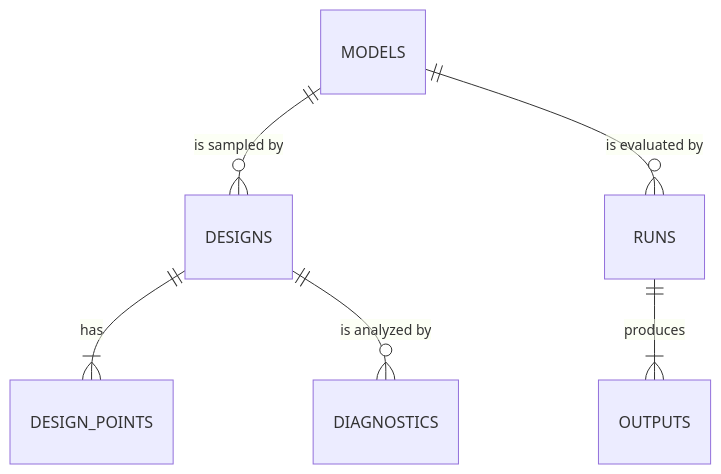
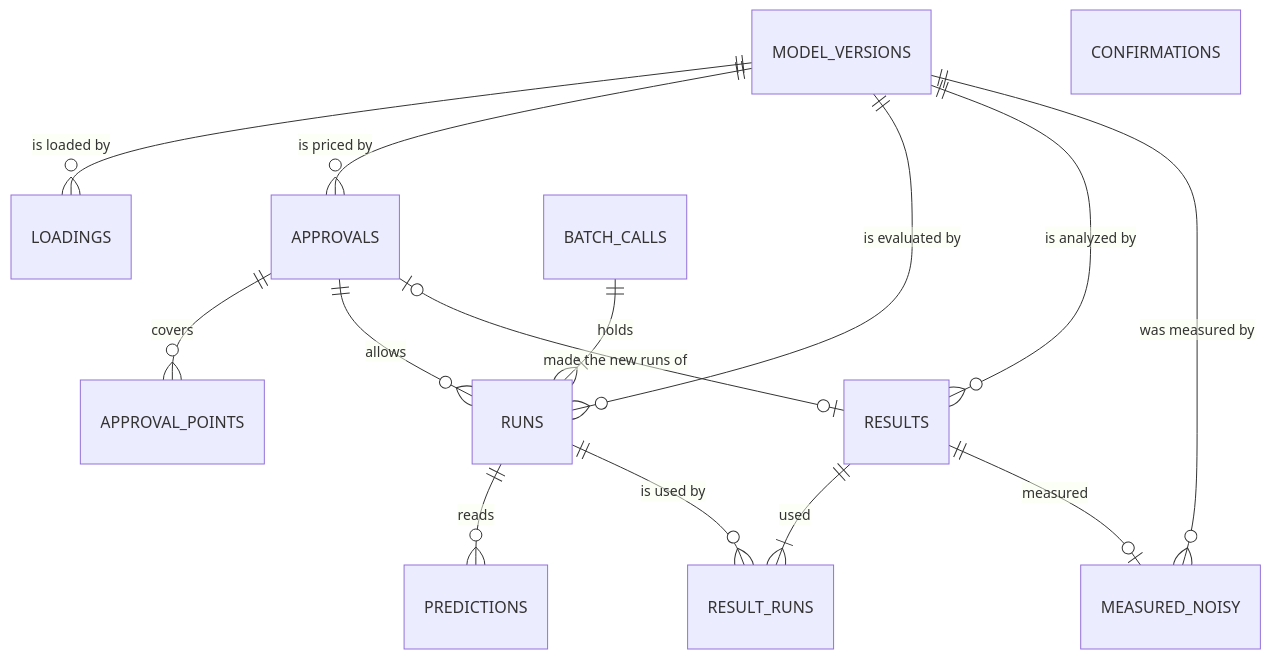
Before and after one commit to paulcon/EMA: the diagram in docs/design/data_model.md, drawn with Mermaid. The commit also changed other lines of this file and 11 other files, not shown here.

````diff
--- a/docs/design/data_model.md
+++ b/docs/design/data_model.md
@@ -128,9 +176,18 @@
 ```mermaid
 erDiagram
-    MODELS ||--o{ DESIGNS : "is sampled by"
-    DESIGNS ||--|{ DESIGN_POINTS : "has"
-    MODELS ||--o{ RUNS : "is evaluated by"
-    RUNS ||--|{ OUTPUTS : "produces"
-    DESIGNS ||--o{ DIAGNOSTICS : "is analyzed by"
-    %% <add or change relationships>
+    MODEL_VERSIONS ||--o{ LOADINGS : "is loaded by"
+    MODEL_VERSIONS ||--o{ APPROVALS : "is priced by"
+    APPROVALS ||--o{ APPROVAL_POINTS : "covers"
+    MODEL_VERSIONS ||--o{ RUNS : "is evaluated by"
+    APPROVALS ||--o{ RUNS : "allows"
+    BATCH_CALLS ||--|{ RUNS : "holds"
+    RUNS ||--o{ PREDICTIONS : "reads"
+    MODEL_VERSIONS ||--o{ RESULTS : "is analyzed by"
+    APPROVALS |o--o| RESULTS : "made the new runs of"
+    RESULTS ||--|{ RESULT_RUNS : "used"
+    RUNS ||--o{ RESULT_RUNS : "is used by"
+    RESULTS ||--o| MEASURED_NOISY : "measured"
+    MODEL_VERSIONS ||--o{ MEASURED_NOISY : "was measured by"
+    CONFIRMATIONS {
+    }
 ```
````
